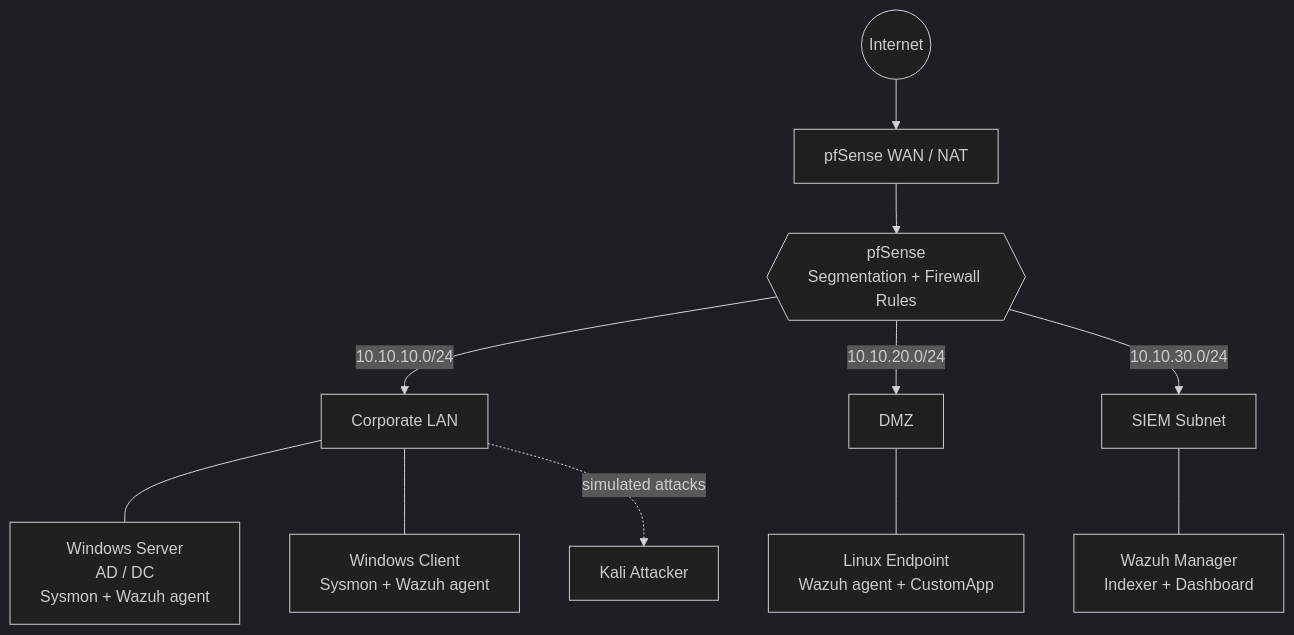
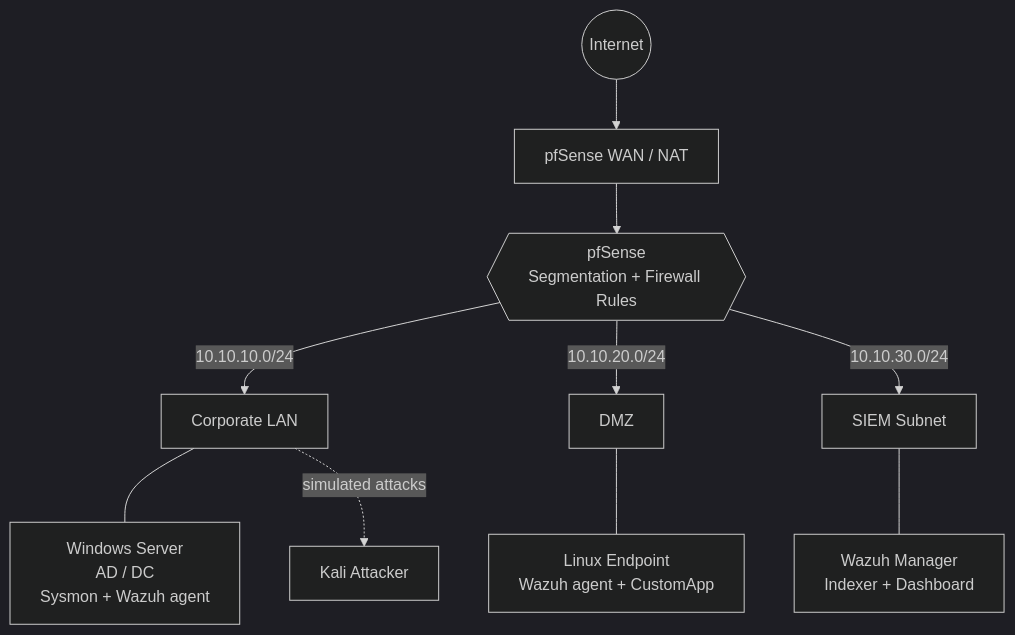
One commit to MakanH/soc-siem-homelab changed the diagram in README.md. Above: the diagram before and after it, drawn with Mermaid (dark theme). The commit also changed other lines of this file and 35 other files, not shown here.

````diff
--- a/README.md
+++ b/README.md
@@ -13,13 +11,12 @@
 ```mermaid
 graph TD
   NET((Internet)) --> WAN[pfSense WAN / NAT]
   WAN --> FW{{pfSense<br/>Segmentation + Firewall Rules}}
   FW -->|10.10.10.0/24| LAN[Corporate LAN]
   FW -->|10.10.20.0/24| DMZ[DMZ]
   FW -->|10.10.30.0/24| SIEM[SIEM Subnet]
   LAN --- DC[Windows Server<br/>AD / DC<br/>Sysmon + Wazuh agent]
-  LAN --- WIN[Windows Client<br/>Sysmon + Wazuh agent]
   DMZ --- LIN[Linux Endpoint<br/>Wazuh agent + CustomApp]
   SIEM --- WZ[Wazuh Manager<br/>Indexer + Dashboard]
   LAN -. simulated attacks .-> ATT[Kali Attacker]
 ```
````
